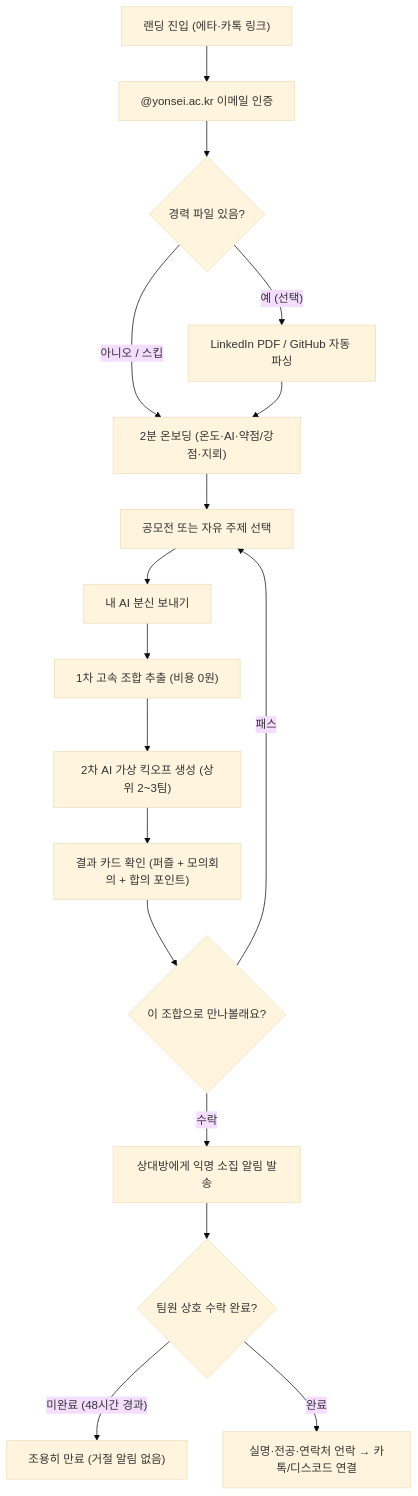
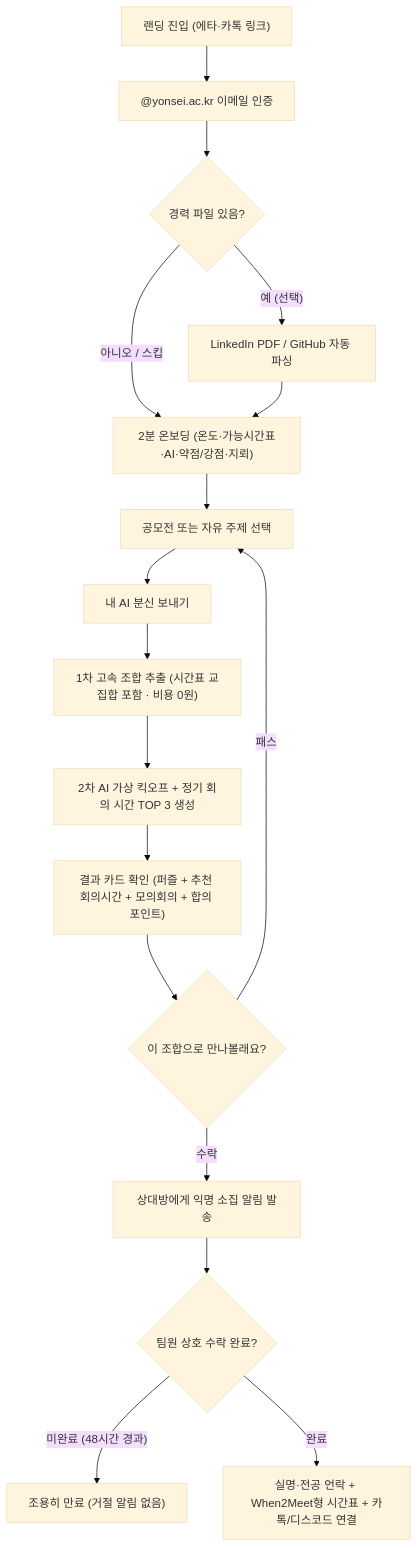
Before and after one commit to halieyyoon/yccthon_capybara: the diagram in docs/proposal/05-workflow.md, drawn with Mermaid (base theme). The commit also changed other lines of this file and 5 other files, not shown here.

````diff
--- a/docs/proposal/05-workflow.md
+++ b/docs/proposal/05-workflow.md
@@ -9,19 +9,19 @@
 ```mermaid
 flowchart TD
     A["랜딩 진입 (에타·카톡 링크)"] --> B["@yonsei.ac.kr 이메일 인증"]
     B --> C{"경력 파일 있음?"}
     C -- "예 (선택)" --> D["LinkedIn PDF / GitHub 자동 파싱"]
     C -- "아니오 / 스킵" --> E["2분 온보딩 (온도·AI·약점/강점·지뢰)"]
     D --> E
-    E --> F["공모전 또는 자유 주제 선택"]
+    E["2분 온보딩 (온도·가능시간표·AI·약점/강점·지뢰)"] --> F["공모전 또는 자유 주제 선택"]
     F --> G["내 AI 분신 보내기"]
-    G --> H["1차 고속 조합 추출 (비용 0원)"]
-    H --> I["2차 AI 가상 킥오프 생성 (상위 2~3팀)"]
-    I --> J["결과 카드 확인 (퍼즐 + 모의회의 + 합의 포인트)"]
+    G --> H["1차 고속 조합 추출 (시간표 교집합 포함 · 비용 0원)"]
+    H --> I["2차 AI 가상 킥오프 + 정기 회의 시간 TOP 3 생성"]
+    I --> J["결과 카드 확인 (퍼즐 + 추천 회의시간 + 모의회의 + 합의 포인트)"]
     J --> K{"이 조합으로 만나볼래요?"}
     K -- "패스" --> F
     K -- "수락" --> L["상대방에게 익명 소집 알림 발송"]
     L --> M{"팀원 상호 수락 완료?"}
     M -- "미완료 (48시간 경과)" --> N["조용히 만료 (거절 알림 없음)"]
-    M -- "완료" --> O["실명·전공·연락처 언락 → 카톡/디스코드 연결"]
+    M -- "완료" --> O["실명·전공 언락 + When2Meet형 시간표 + 카톡/디스코드 연결"]
 ```
````
